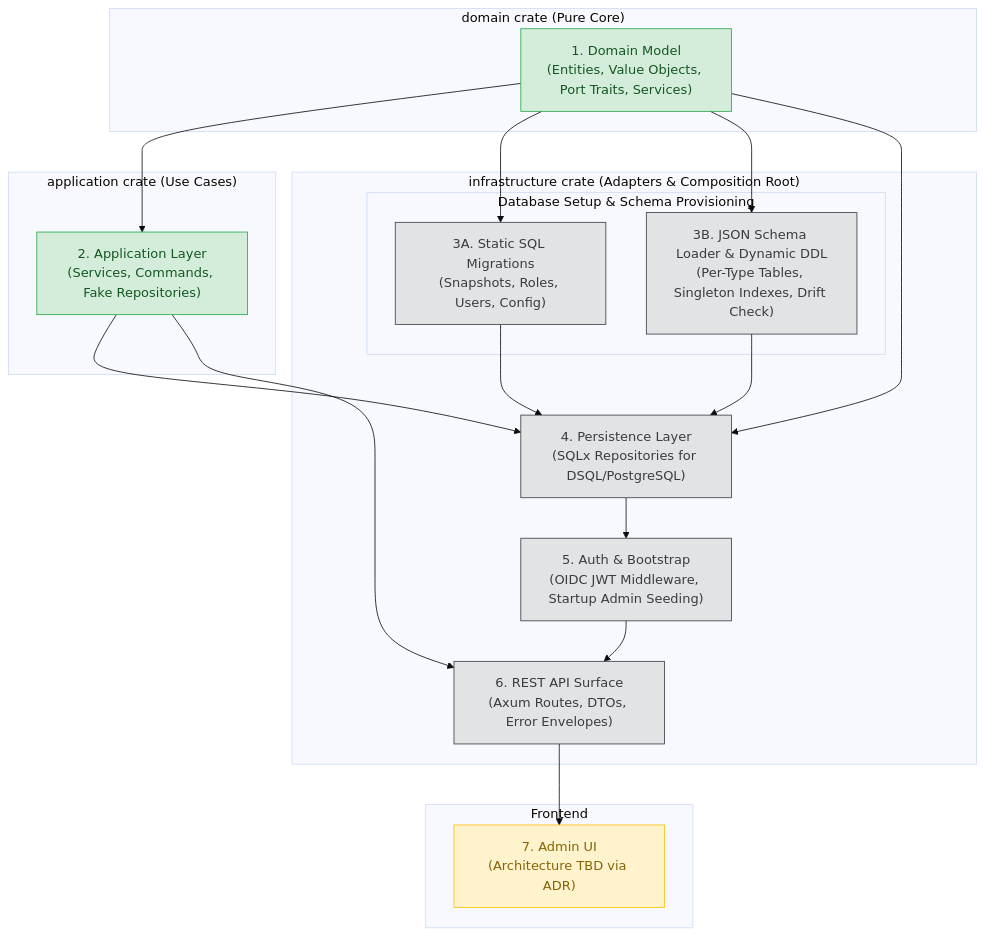
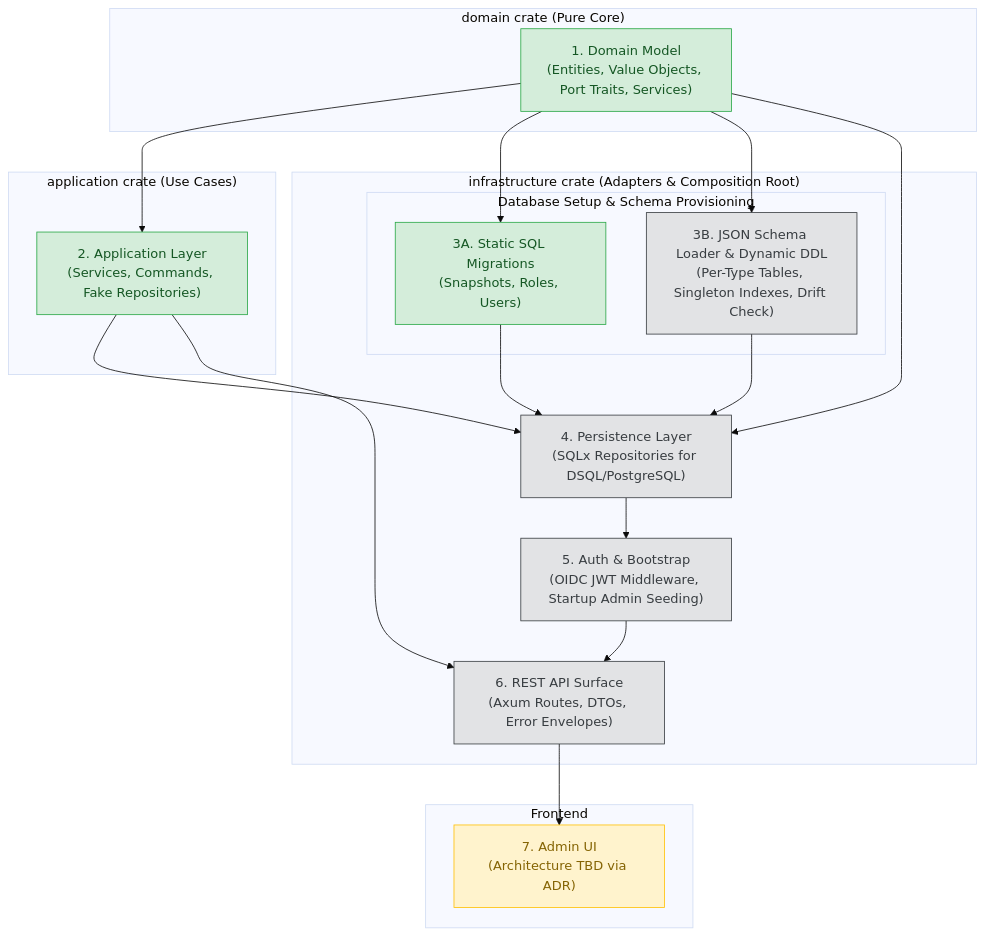
One commit to luminair-cms/luminair-service-aws-dsql changed the diagram in docs/roadmap.md. Above: the diagram before and after it, drawn with Mermaid (base theme). The commit also changed other lines of this file and 37 other files, not shown here.

First line of the commit message:
feat: adopt string DocumentTypeId (ADR-008) and implement Milestone 3A static SQL migrations

````diff
--- a/docs/roadmap.md
+++ b/docs/roadmap.md
@@ -9,43 +9,43 @@
 ```mermaid
 flowchart TD
     classDef done fill:#d4edda,stroke:#28a745,color:#155724;
     classDef planned fill:#e2e3e5,stroke:#383d41,color:#383d41;
     classDef tbd fill:#fff3cd,stroke:#ffc107,color:#856404;
 
     subgraph CrateDomain["domain crate (Pure Core)"]
         Domain["1. Domain Model<br/>(Entities, Value Objects, Port Traits, Services)"]:::done
     end
 
     subgraph CrateApp["application crate (Use Cases)"]
         App["2. Application Layer<br/>(Services, Commands, Fake Repositories)"]:::done
     end
 
     subgraph CrateInfra["infrastructure crate (Adapters & Composition Root)"]
         subgraph SubgraphDB["Database Setup & Schema Provisioning"]
-            StaticMig["3A. Static SQL Migrations<br/>(Snapshots, Roles, Users, Config)"]:::planned
+            StaticMig["3A. Static SQL Migrations<br/>(Snapshots, Roles, Users)"]:::done
             SchemaLoader["3B. JSON Schema Loader & Dynamic DDL<br/>(Per-Type Tables, Singleton Indexes, Drift Check)"]:::planned
         end
 
         Persistence["4. Persistence Layer<br/>(SQLx Repositories for DSQL/PostgreSQL)"]:::planned
         Auth["5. Auth & Bootstrap<br/>(OIDC JWT Middleware, Startup Admin Seeding)"]:::planned
         RestApi["6. REST API Surface<br/>(Axum Routes, DTOs, Error Envelopes)"]:::planned
     end
 
     subgraph ClientLayer["Frontend"]
         UI["7. Admin UI<br/>(Architecture TBD via ADR)"]:::tbd
     end
 
     Domain --> App
     Domain --> StaticMig
     Domain --> SchemaLoader
     Domain --> Persistence
 
     App --> Persistence
     StaticMig --> Persistence
     SchemaLoader --> Persistence
 
     Persistence --> Auth
     Auth --> RestApi
     App --> RestApi
     RestApi --> UI
 ```
````
